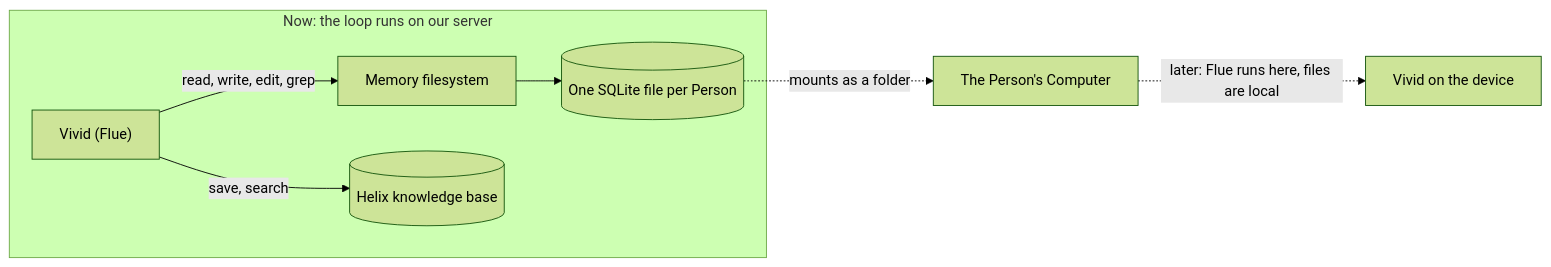
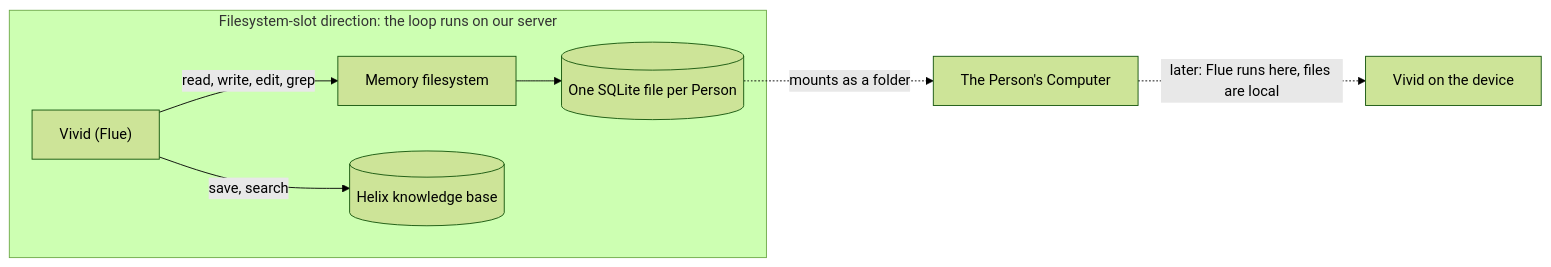
Before and after one commit to Konan69/lucid: the diagram in docs/25-memory.md, drawn with Mermaid (forest theme). The commit also changed other lines of this file and 18 other files, not shown here.

````diff
--- a/docs/25-memory.md
+++ b/docs/25-memory.md
@@ -28,10 +29,10 @@
 ```mermaid
 flowchart LR
-  subgraph now["Now: the loop runs on our server"]
+  subgraph now["Filesystem-slot direction: the loop runs on our server"]
     Vivid["Vivid (Flue)"] -- "read, write, edit, grep" --> FS["Memory filesystem"]
     FS --> DB[("One SQLite file per Person")]
     Vivid -- "save, search" --> KB[("Helix knowledge base")]
   end
   DB -. "mounts as a folder" .-> Computer["The Person's Computer"]
   Computer -. "later: Flue runs here, files are local" .-> Device["Vivid on the device"]
 ```
````
